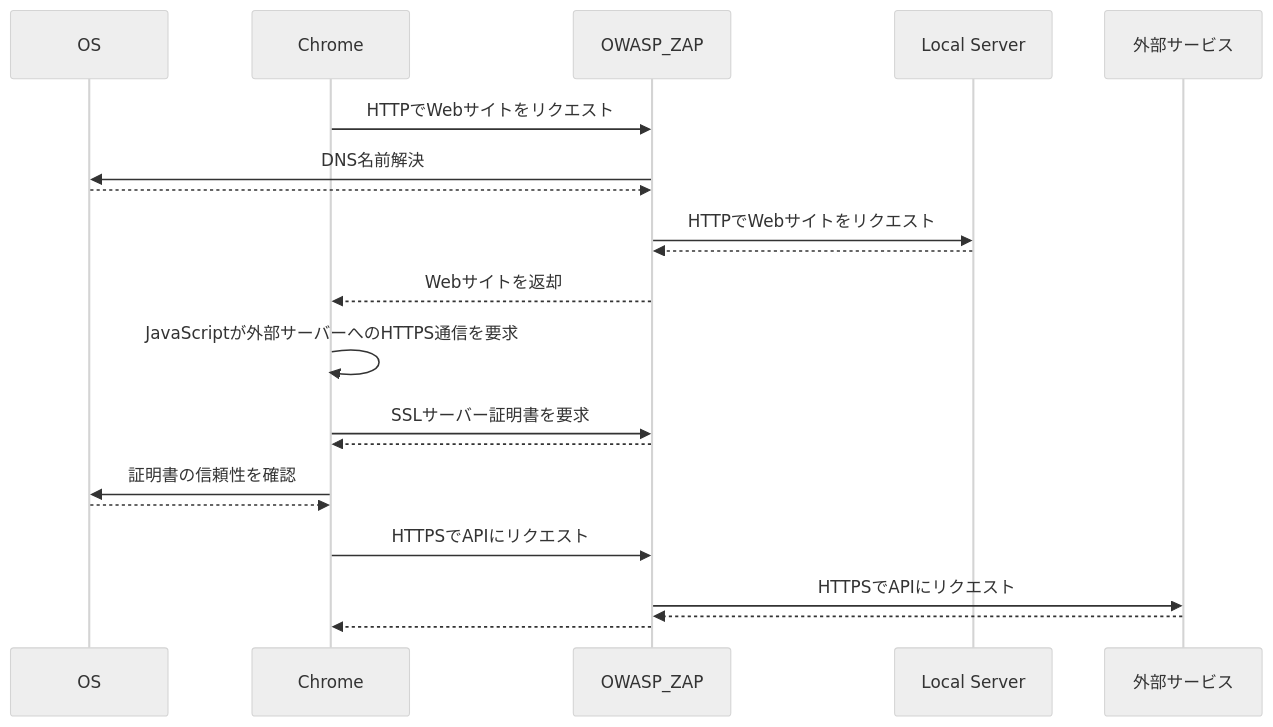
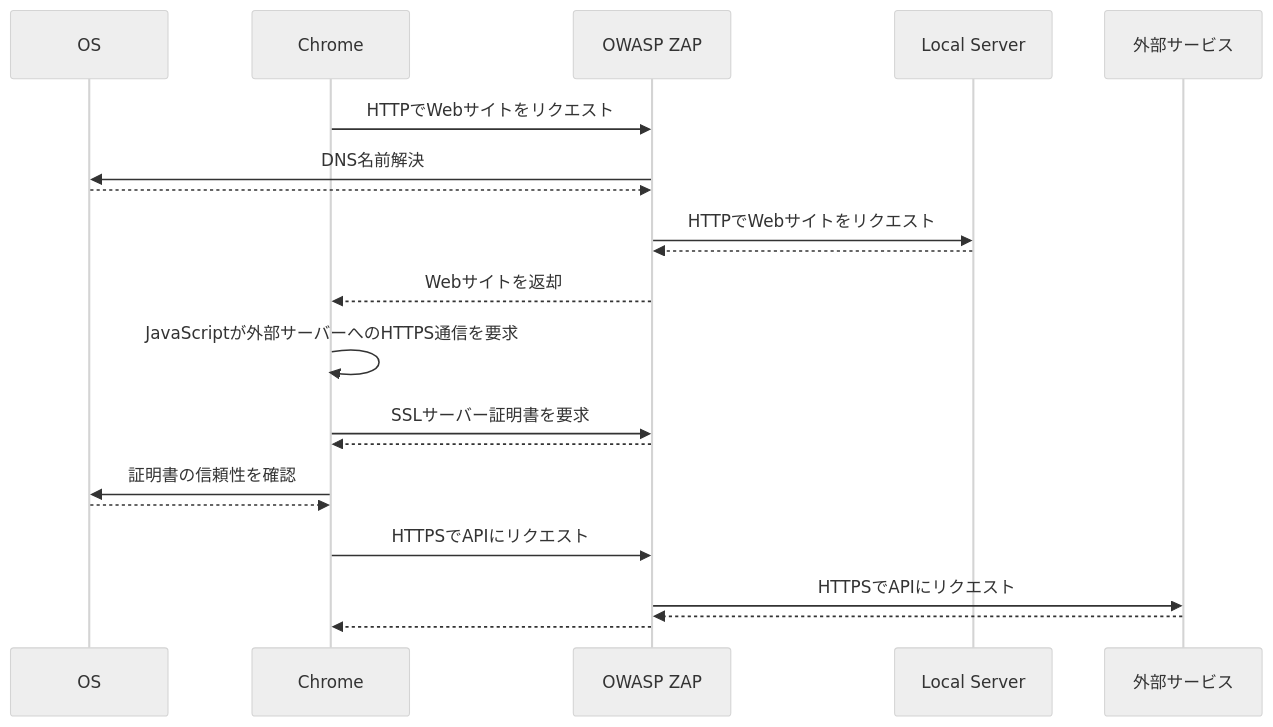
Before and after one commit to xhiroga/zenn-content: the diagram in articles/owasp-zap-localhost-subdomain.md, drawn with Mermaid (neutral theme).

Commit message:
chore: mermaidで使え無さそうな文字を除外

````diff
--- a/articles/owasp-zap-localhost-subdomain.md
+++ b/articles/owasp-zap-localhost-subdomain.md
@@ -21,24 +21,24 @@
 ```mermaid
 sequenceDiagram
     participant OS
     participant Chrome
-    participant zap as OWASP_ZAP
+    participant zap as OWASP ZAP
     participant local as Local Server
     participant 3rd as 外部サービス
 
     Chrome->>zap: HTTPでWebサイトをリクエスト
     zap->>OS: DNS名前解決
     OS-->>zap: 
     zap->>local: HTTPでWebサイトをリクエスト
     local-->>zap: 
     zap-->>Chrome: Webサイトを返却
     Chrome->>Chrome: JavaScriptが外部サーバーへのHTTPS通信を要求
     Chrome->>zap: SSLサーバー証明書を要求
     zap-->>Chrome: 
     Chrome->>OS: 証明書の信頼性を確認
     OS-->>Chrome: 
     Chrome->>zap: HTTPSでAPIにリクエスト
     zap->>3rd: HTTPSでAPIにリクエスト
     3rd-->>zap: 
     zap-->>Chrome: 
 ```
````
